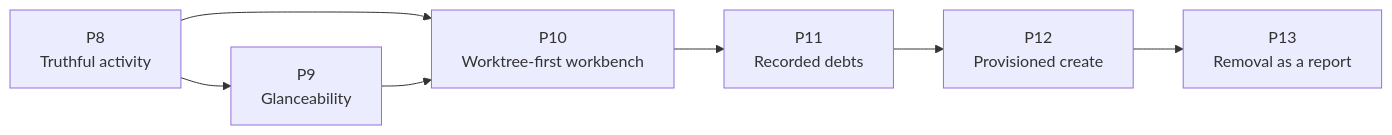
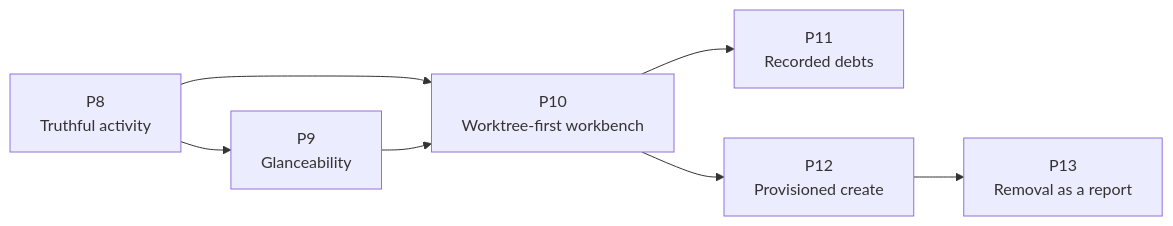
The diagram in docs/PLAN.md (Asimov-Syntax/anywhere-terminal), drawn with Mermaid before and after one commit. The commit also changed other lines of this file and 5 other files, not shown here.

````diff
--- a/docs/PLAN.md
+++ b/docs/PLAN.md
@@ -76,9 +76,9 @@
 ```mermaid
 flowchart LR
     P8[P8<br>Truthful activity] --> P9[P9<br>Glanceability]
     P8 --> P10[P10<br>Worktree-first workbench]
     P9 --> P10
     P10 --> P11[P11<br>Recorded debts]
-    P11 --> P12[P12<br>Provisioned create]
+    P10 --> P12[P12<br>Provisioned create]
     P12 --> P13[P13<br>Removal as a report]
 ```
````
